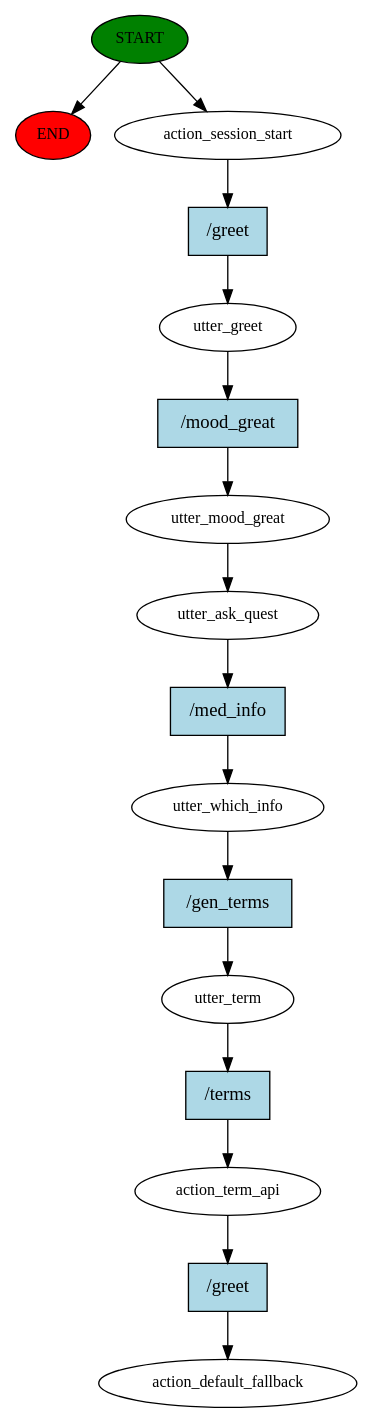
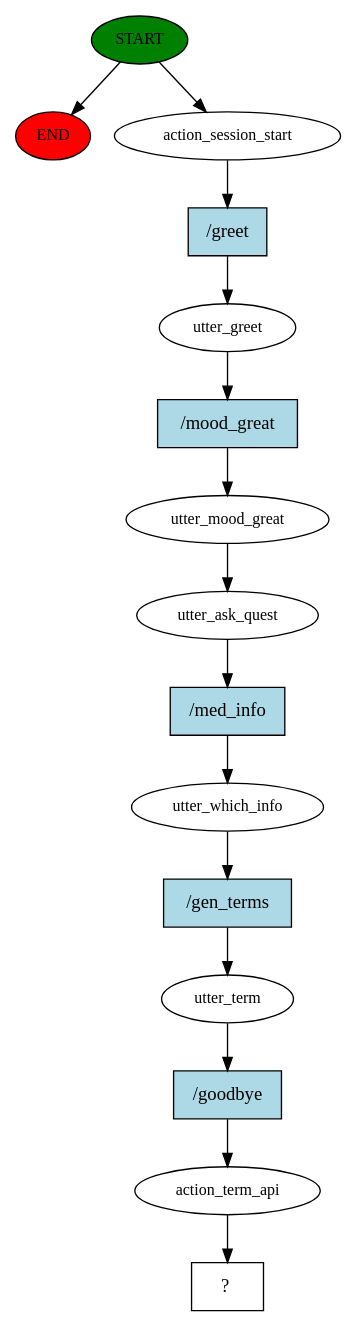
One commit to mebaidoo/Medical-Chatbot-Capstone changed the diagram in story_graph.dot. Above: the diagram before and after it, drawn with Graphviz. The commit also changed 92 other files, not shown here.

```diff
--- a/story_graph.dot
+++ b/story_graph.dot
@@ -1,33 +1,31 @@
 digraph  {
 0 [class="start active", fillcolor=green, fontsize=12, label=START, style=filled];
 "-1" [class=end, fillcolor=red, fontsize=12, label=END, style=filled];
 1 [class=active, fontsize=12, label=action_session_start];
 2 [class=active, fontsize=12, label=utter_greet];
 3 [class=active, fontsize=12, label=utter_mood_great];
 4 [class=active, fontsize=12, label=utter_ask_quest];
 5 [class=active, fontsize=12, label=utter_which_info];
 6 [class=active, fontsize=12, label=utter_term];
 7 [class=active, fontsize=12, label=action_term_api];
-8 [class="dashed active", fontsize=12, label=action_default_fallback];
+8 [class="intent dashed active", label="  ?  ", shape=rect];
 9 [class="intent active", fillcolor=lightblue, label="/greet", shape=rect, style=filled];
 10 [class="intent active", fillcolor=lightblue, label="/mood_great", shape=rect, style=filled];
 11 [class="intent active", fillcolor=lightblue, label="/med_info", shape=rect, style=filled];
 12 [class="intent active", fillcolor=lightblue, label="/gen_terms", shape=rect, style=filled];
-13 [class="intent active", fillcolor=lightblue, label="/terms", shape=rect, style=filled];
-14 [class="intent active", fillcolor=lightblue, label="/greet", shape=rect, style=filled];
+13 [class="intent active", fillcolor=lightblue, label="/goodbye", shape=rect, style=filled];
 0 -> "-1"  [class="", key=NONE, label=""];
 0 -> 1  [class=active, key=NONE, label=""];
 1 -> 9  [class=active, key=0];
 2 -> 10  [class=active, key=0];
 3 -> 4  [class=active, key=NONE, label=""];
 4 -> 11  [class=active, key=0];
 5 -> 12  [class=active, key=0];
 6 -> 13  [class=active, key=0];
-7 -> 14  [class=active, key=0];
+7 -> 8  [class=active, key=NONE, label=""];
 9 -> 2  [class=active, key=0];
 10 -> 3  [class=active, key=0];
 11 -> 5  [class=active, key=0];
 12 -> 6  [class=active, key=0];
 13 -> 7  [class=active, key=0];
-14 -> 8  [class=active, key=0];
 }
```
